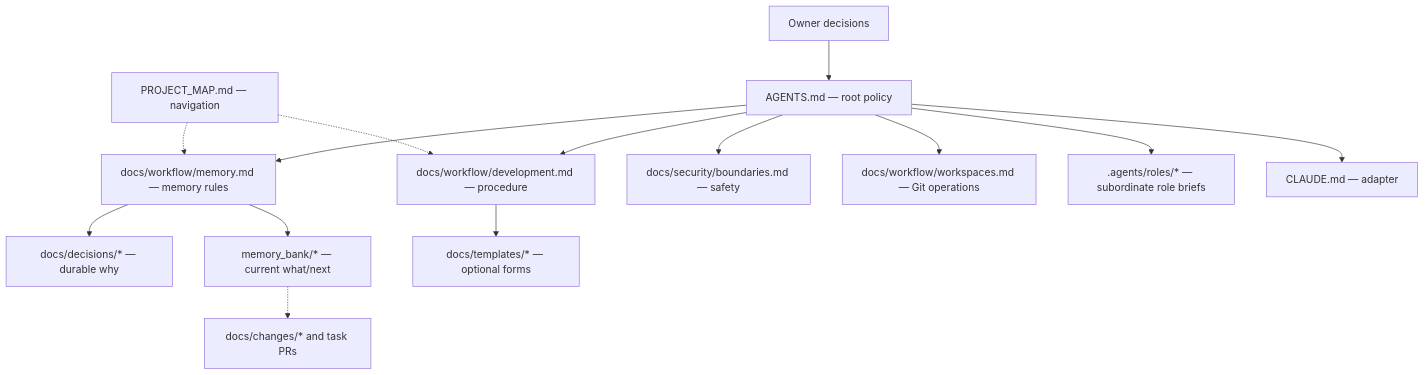
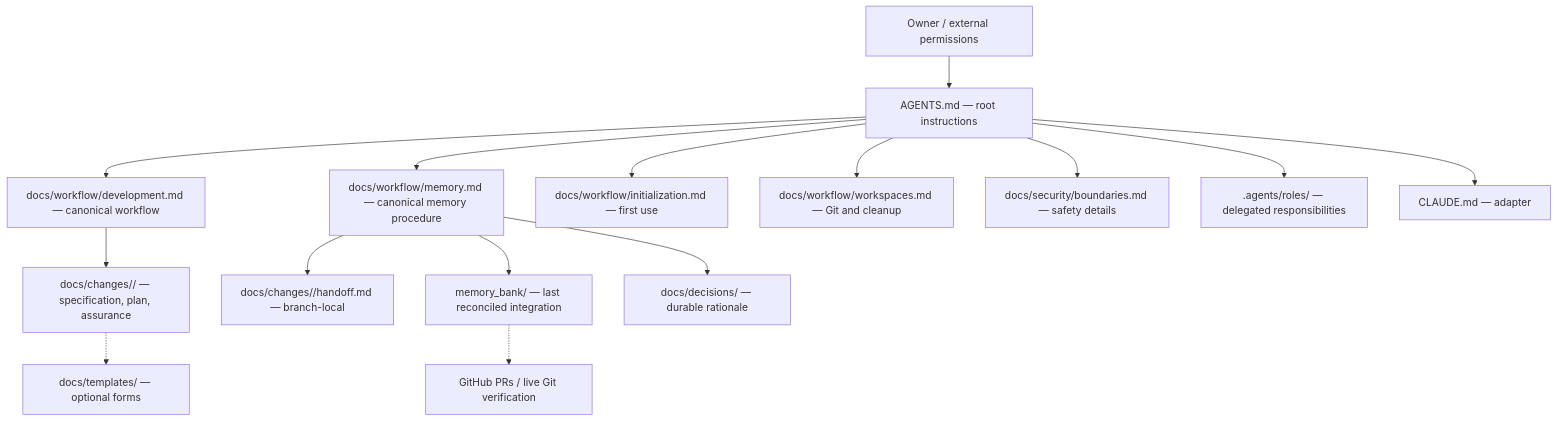
Before and after one commit to oleyna80/agentic-sdlc-lite: the second of 2 diagrams in docs/architecture/overview.md, drawn with Mermaid. The commit also changed other lines of this file and 18 other files, not shown here.

````diff
--- a/docs/architecture/overview.md
+++ b/docs/architecture/overview.md
@@ -28,16 +36,17 @@
 ```mermaid
 flowchart TD
-    OWNER["Owner decisions"] --> AG["AGENTS.md — root policy"]
-    AG --> WF["docs/workflow/development.md — procedure"]
-    AG --> MEM["docs/workflow/memory.md — memory rules"]
-    AG --> SEC["docs/security/boundaries.md — safety"]
-    AG --> WS["docs/workflow/workspaces.md — Git operations"]
-    AG --> ROLES[".agents/roles/* — subordinate role briefs"]
+    OWNER["Owner / external permissions"] --> AG["AGENTS.md — root instructions"]
+    AG --> DEV["docs/workflow/development.md — canonical workflow"]
+    AG --> MEM["docs/workflow/memory.md — canonical memory procedure"]
+    AG --> INIT["docs/workflow/initialization.md — first use"]
+    AG --> GIT["docs/workflow/workspaces.md — Git and cleanup"]
+    AG --> SEC["docs/security/boundaries.md — safety details"]
+    AG --> ROLES[".agents/roles/ — delegated responsibilities"]
     AG --> CLAUDE["CLAUDE.md — adapter"]
-    MAP["PROJECT_MAP.md — navigation"] -.-> WF
-    MAP -.-> MEM
-    MEM --> ADR["docs/decisions/* — durable why"]
-    MEM --> BANK["memory_bank/* — current what/next"]
-    WF --> TEMPL["docs/templates/* — optional forms"]
-    BANK -.-> TASK["docs/changes/* and task PRs"]
+    DEV --> PLAN["docs/changes/<task>/ — specification, plan, assurance"]
+    MEM --> HAND["docs/changes/<task>/handoff.md — branch-local"]
+    MEM --> BANK["memory_bank/ — last reconciled integration"]
+    MEM --> ADR["docs/decisions/ — durable rationale"]
+    PLAN -.-> TMPL["docs/templates/ — optional forms"]
+    BANK -.-> PR["GitHub PRs / live Git verification"]
 ```
````
